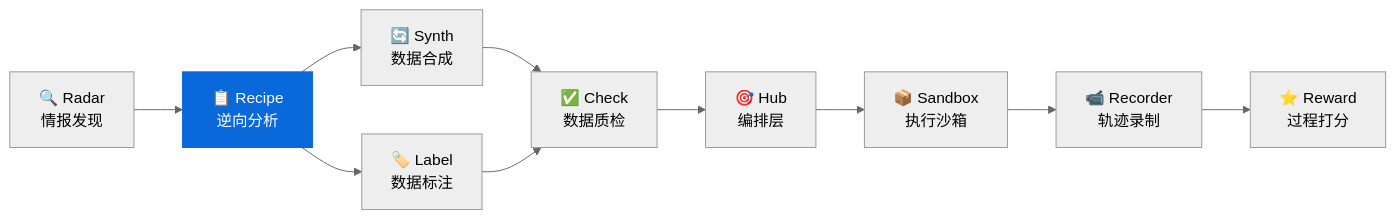
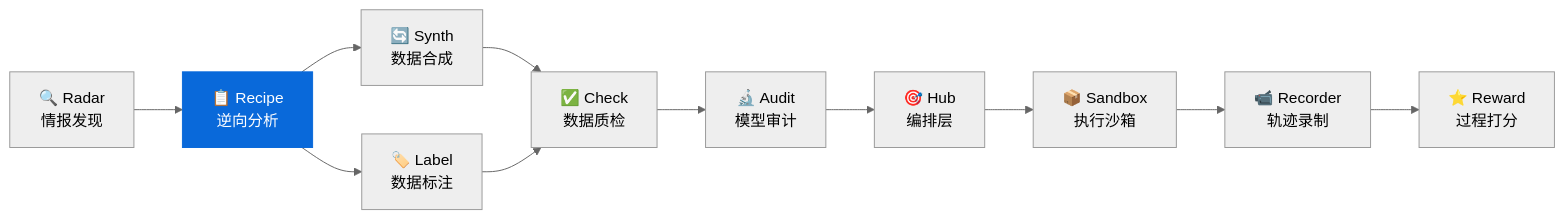
One commit to liuxiaotong/data-recipe changed the first of 2 diagrams in README.md. Above: the diagram before and after it, drawn with Mermaid (neutral theme). The commit also changed other lines of this file, not shown here.

Commit message:
生态表格加入 ModelAudit (9→10)

````diff
--- a/README.md
+++ b/README.md
@@ -273,13 +273,14 @@
 ```mermaid
 graph LR
     Radar["🔍 Radar<br/>情报发现"] --> Recipe["📋 Recipe<br/>逆向分析"]
     Recipe --> Synth["🔄 Synth<br/>数据合成"]
     Recipe --> Label["🏷️ Label<br/>数据标注"]
     Synth --> Check["✅ Check<br/>数据质检"]
     Label --> Check
-    Check --> Hub["🎯 Hub<br/>编排层"]
+    Check --> Audit["🔬 Audit<br/>模型审计"]
+    Audit --> Hub["🎯 Hub<br/>编排层"]
     Hub --> Sandbox["📦 Sandbox<br/>执行沙箱"]
     Sandbox --> Recorder["📹 Recorder<br/>轨迹录制"]
     Recorder --> Reward["⭐ Reward<br/>过程打分"]
     style Recipe fill:#0969da,color:#fff,stroke:#0969da
 ```
````
